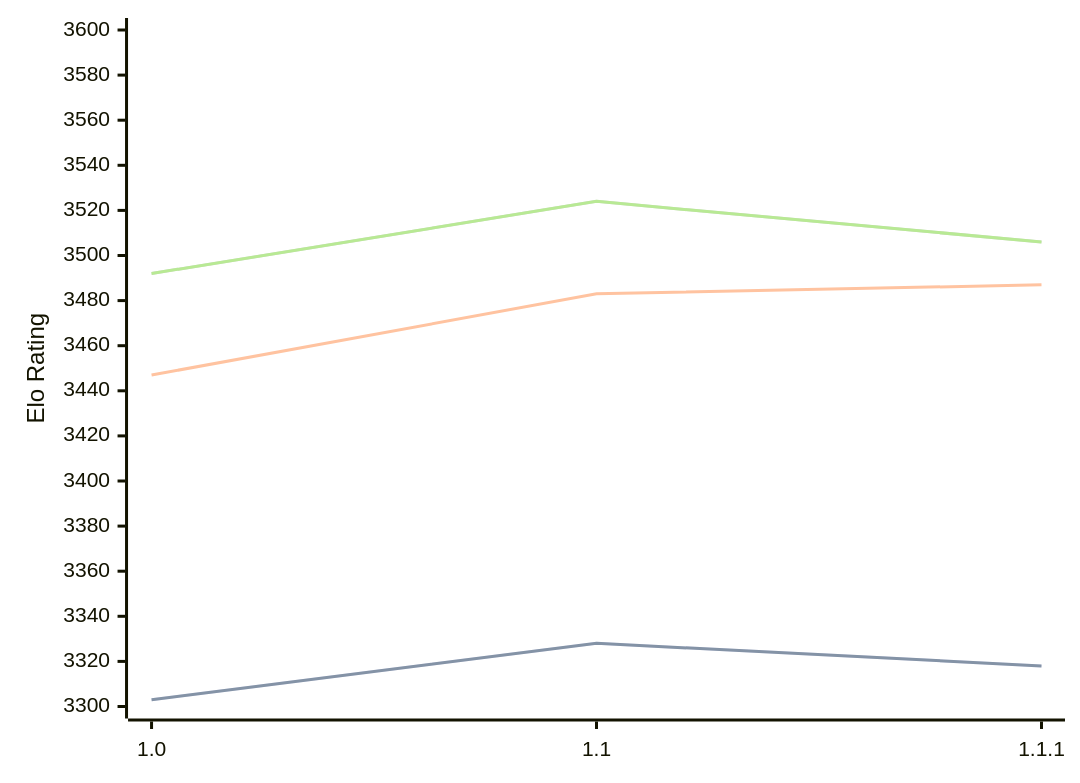
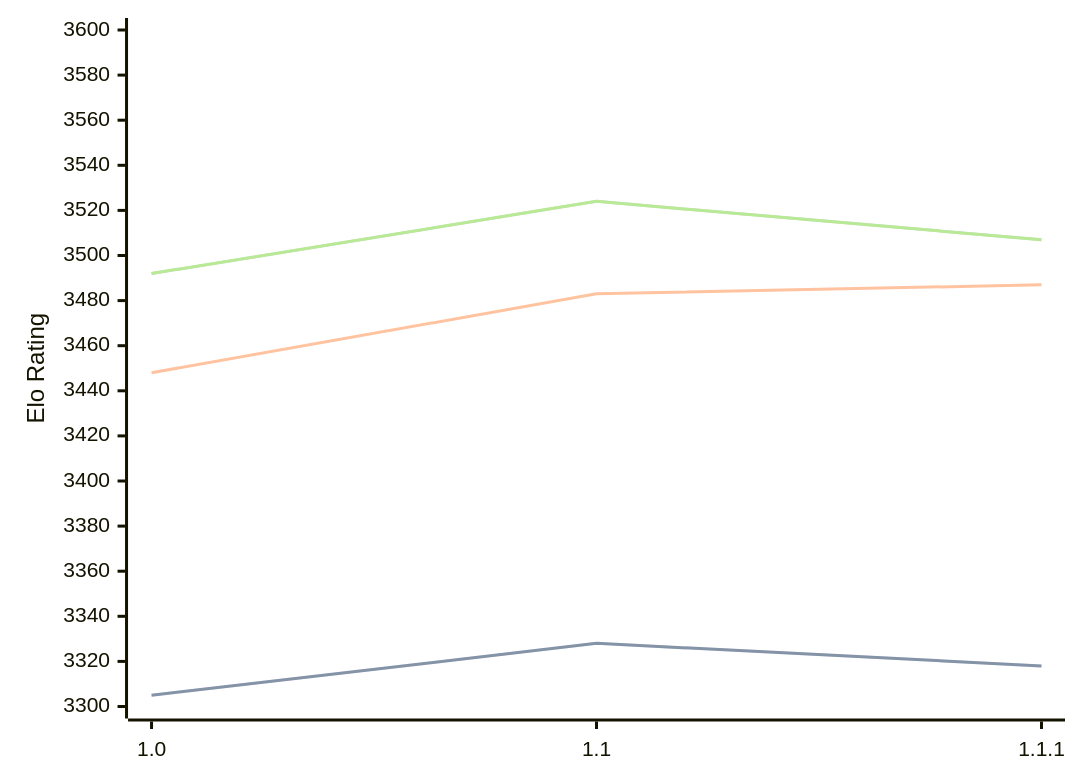
The diagram in engines/Icarus.md (computer-chess-index/cci), drawn with Mermaid before and after one commit. The commit also changed other lines of this file, not shown here.

Commit message:
Update CCI Ratings (ELO VLTC) - 2026-08-10

````diff
--- a/engines/Icarus.md
+++ b/engines/Icarus.md
@@ -33,11 +33,11 @@
 ```mermaid
 %%{init: {"theme":"base","themeVariables":{"seriesColors:['#a3a3a3','#222221','#faa371']}}}%%
 xychart-beta
   x-axis ["1.0", "1.1", "1.1.1"]
   y-axis "Elo Rating" 3300 --> 3600
-  line "STC (8.0+0.08s)" [3303, 3328, 3318]
-  line "STC (8.0+0.08s)" [3303, 3328, 3318]
-  line "LTC (60.0+0.60s)" [3447, 3483, 3487]
-  line "VLTC (2m24s+1.12s)" [3492, 3524, 3506]
-  line "VLTC (2m24s+1.12s)" [3492, 3524, 3506]
+  line "STC (8.0+0.08s)" [3305, 3328, 3318]
+  line "STC (8.0+0.08s)" [3305, 3328, 3318]
+  line "LTC (60.0+0.60s)" [3448, 3483, 3487]
+  line "VLTC (2m24s+1.12s)" [3492, 3524, 3507]
+  line "VLTC (2m24s+1.12s)" [3492, 3524, 3507]
 ```
````
